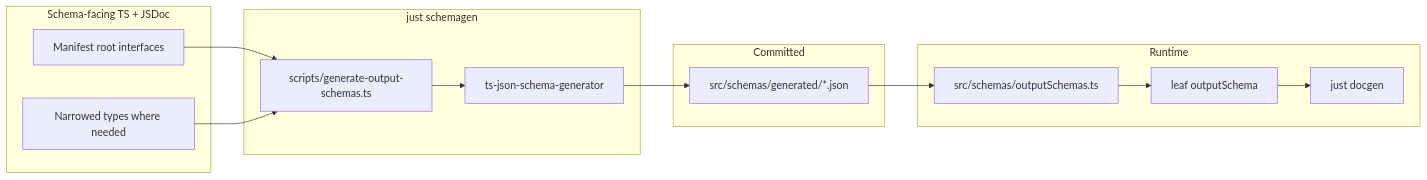
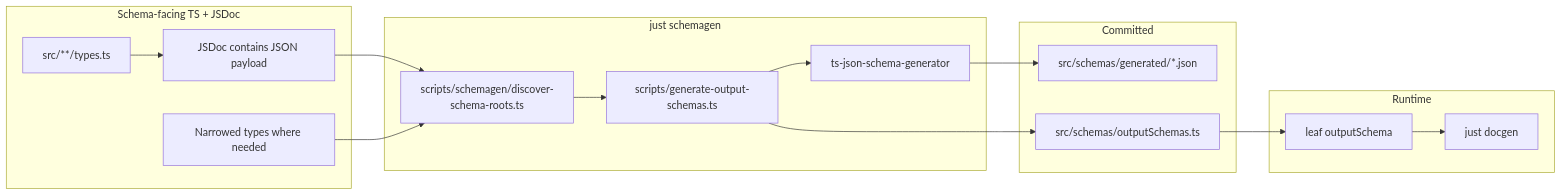
The diagram in docs/output-schema.md (bdombro/bun-argsbarg), drawn with Mermaid before and after one commit. The commit also changed other lines of this file and 111 other files, not shown here.

````diff
--- a/docs/output-schema.md
+++ b/docs/output-schema.md
@@ -48,22 +48,25 @@
 ```mermaid
 flowchart LR
   subgraph types [Schema-facing TS + JSDoc]
-    Roots["Manifest root interfaces"]
+    TypesTs["src/**/types.ts"]
+    Marker["JSDoc contains JSON payload"]
     Narrow["Narrowed types where needed"]
   end
   subgraph gen [just schemagen]
+    Discover["scripts/schemagen/discover-schema-roots.ts"]
     Script["scripts/generate-output-schemas.ts"]
     Gen["ts-json-schema-generator"]
   end
   subgraph artifacts [Committed]
     Json["src/schemas/generated/*.json"]
+    Bridge["src/schemas/outputSchemas.ts"]
   end
   subgraph runtime [Runtime]
-    Bridge["src/schemas/outputSchemas.ts"]
     Leaves["leaf outputSchema"]
     Docgen["just docgen"]
   end
-  Roots --> Script
-  Narrow --> Script
-  Script --> Gen --> Json --> Bridge --> Leaves --> Docgen
+  TypesTs --> Marker --> Discover
+  Narrow --> Discover
+  Discover --> Script --> Gen --> Json
+  Script --> Bridge --> Leaves --> Docgen
 ```
````
